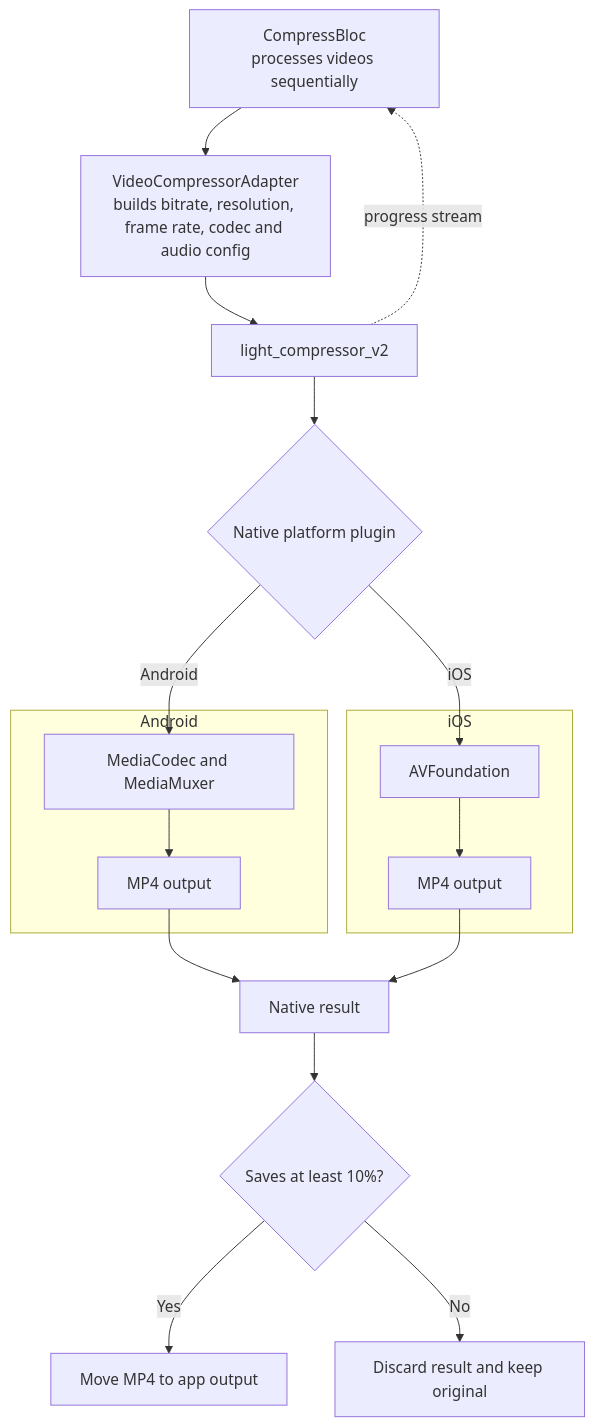
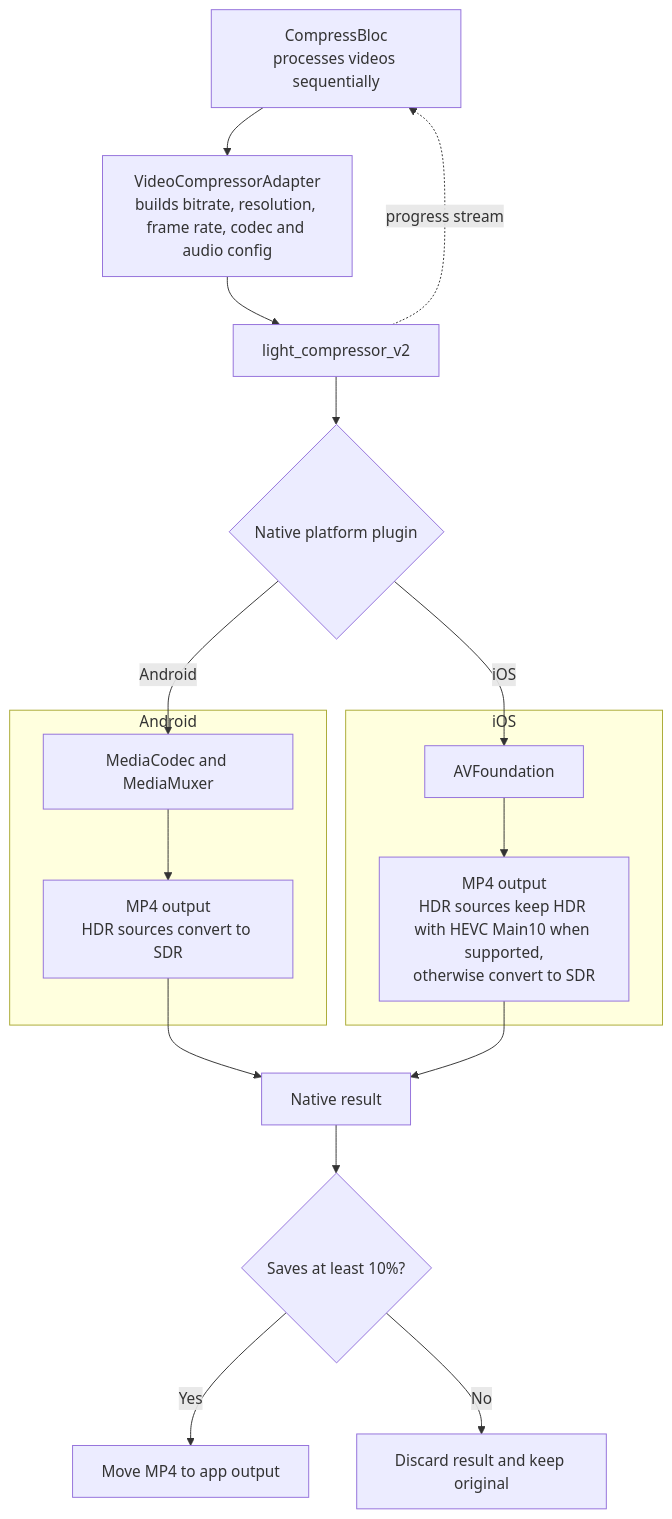
One commit to minimo-pro/minimo_video changed the diagram in README.md. Above: the diagram before and after it, drawn with Mermaid. The commit also changed 45 other files, not shown here.

````diff
--- a/README.md
+++ b/README.md
@@ -33,25 +33,25 @@
 ```mermaid
 flowchart TD
     A[CompressBloc<br/>processes videos sequentially] --> B[VideoCompressorAdapter<br/>builds bitrate, resolution, frame rate, codec and audio config]
     B --> C[light_compressor_v2]
     C --> D{Native platform plugin}
 
     subgraph Android
         E[MediaCodec and MediaMuxer]
-        E --> F[MP4 output]
+        E --> F["MP4 output<br/>HDR sources convert to SDR"]
     end
 
     subgraph iOS
         G[AVFoundation]
-        G --> H[MP4 output]
+        G --> H["MP4 output<br/>HDR sources keep HDR with HEVC Main10 when supported,<br/>otherwise convert to SDR"]
     end
 
     D -->|Android| E
     D -->|iOS| G
     C -.->|progress stream| A
     F --> I[Native result]
     H --> I
     I --> J{Saves at least 10%?}
     J -->|Yes| K[Move MP4 to app output]
     J -->|No| L[Discard result and keep original]
 ```
````
